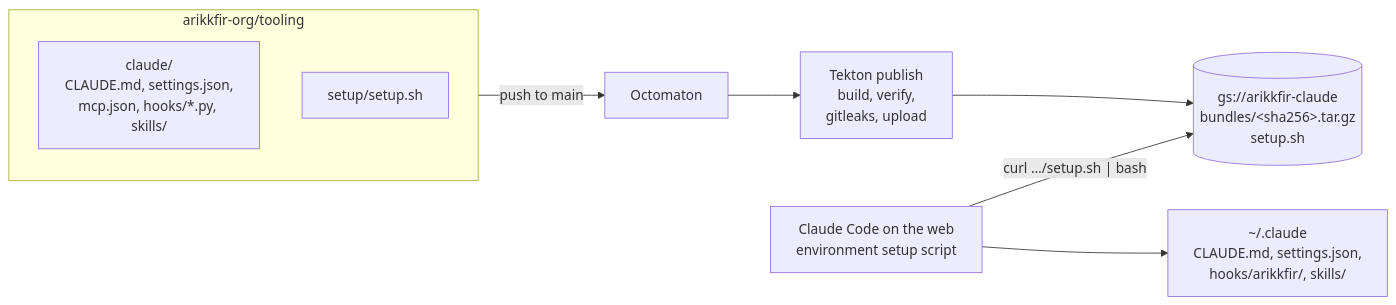
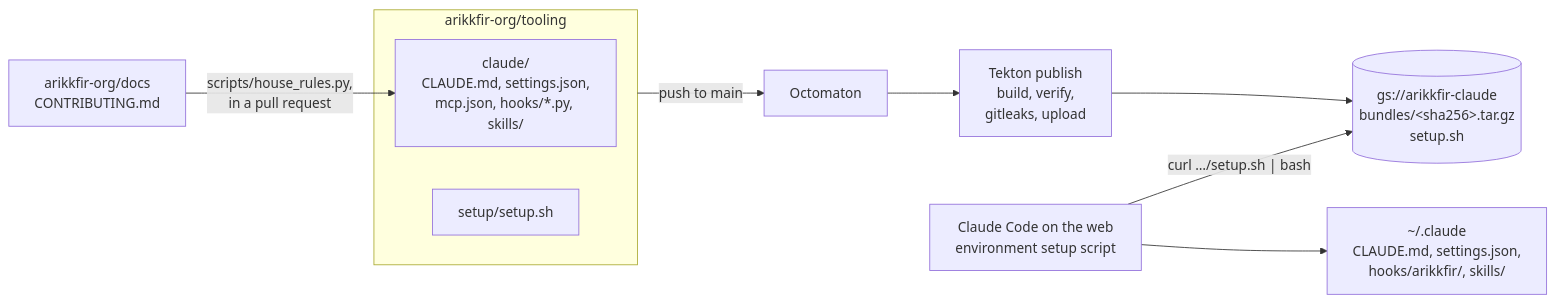
The diagram in docs/tooling/designs/phase-5-tooling.md (arikkfir-org/tooling), drawn with Mermaid before and after one commit. The commit also changed other lines of this file and 4 other files, not shown here.

First line of the commit message:
feat(claude): carry the house rules in the bundle's CLAUDE.md

````diff
--- a/docs/tooling/designs/phase-5-tooling.md
+++ b/docs/tooling/designs/phase-5-tooling.md
@@ -9,11 +9,12 @@
 ```mermaid
 flowchart LR
+  HR[arikkfir-org/docs<br/>CONTRIBUTING.md] -- "scripts/house_rules.py,<br/>in a pull request" --> C
   subgraph repo[arikkfir-org/tooling]
     C[claude/<br/>CLAUDE.md, settings.json,<br/>mcp.json, hooks/*.py, skills/]
     S[setup/setup.sh]
   end
   repo -- push to main --> SB[Octomaton] --> TK[Tekton publish<br/>build, verify,<br/>gitleaks, upload]
   TK --> B[(gs://arikkfir-claude<br/>bundles/&lt;sha256&gt;.tar.gz<br/>setup.sh)]
   E[Claude Code on the web<br/>environment setup script] -- "curl …/setup.sh | bash" --> B
   E --> H["~/.claude<br/>CLAUDE.md, settings.json,<br/>hooks/arikkfir/, skills/"]
 ```
````
